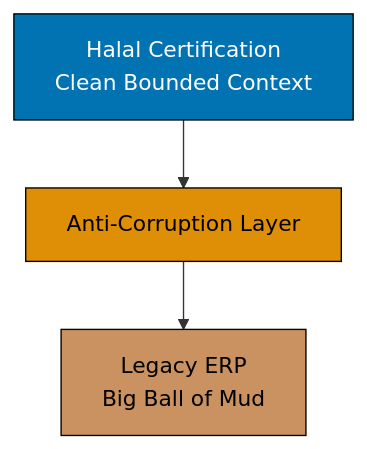
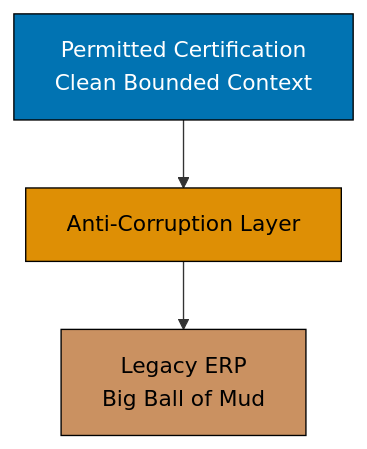
Before and after one commit to wahidyankf/open-sharia-enterprise: the tenth of 16 diagrams in docs/explanation/software/architecture/domain-driven-design-ddd/ex-so-ar-dodrdedd__04-context-mapping.md, drawn with Mermaid. The commit also changed other lines of this file and 94 other files, not shown here.

````diff
--- a/docs/explanation/software/architecture/domain-driven-design-ddd/ex-so-ar-dodrdedd__04-context-mapping.md
+++ b/docs/explanation/software/architecture/domain-driven-design-ddd/ex-so-ar-dodrdedd__04-context-mapping.md
@@ -615,13 +610,13 @@
 ```mermaid
 graph TD
-    HC[Halal Certification<br/>Clean Bounded Context]
+    HC[Permitted Certification<br/>Clean Bounded Context]
     ACL[Anti-Corruption Layer]
     ERP[Legacy ERP<br/>Big Ball of Mud]
 
     HC --> ACL
     ACL --> ERP
 
     style HC fill:#0173B2,stroke:#000,color:#FFFFFF
     style ACL fill:#DE8F05,stroke:#000,color:#000000
     style ERP fill:#CA9161,stroke:#000,color:#000000
 ```
````
